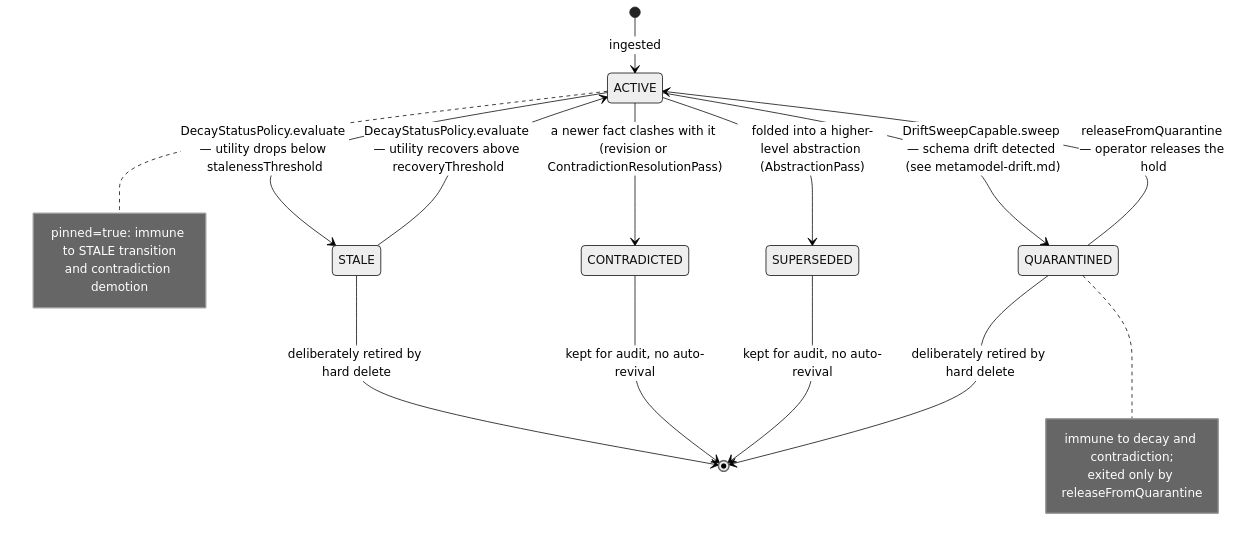
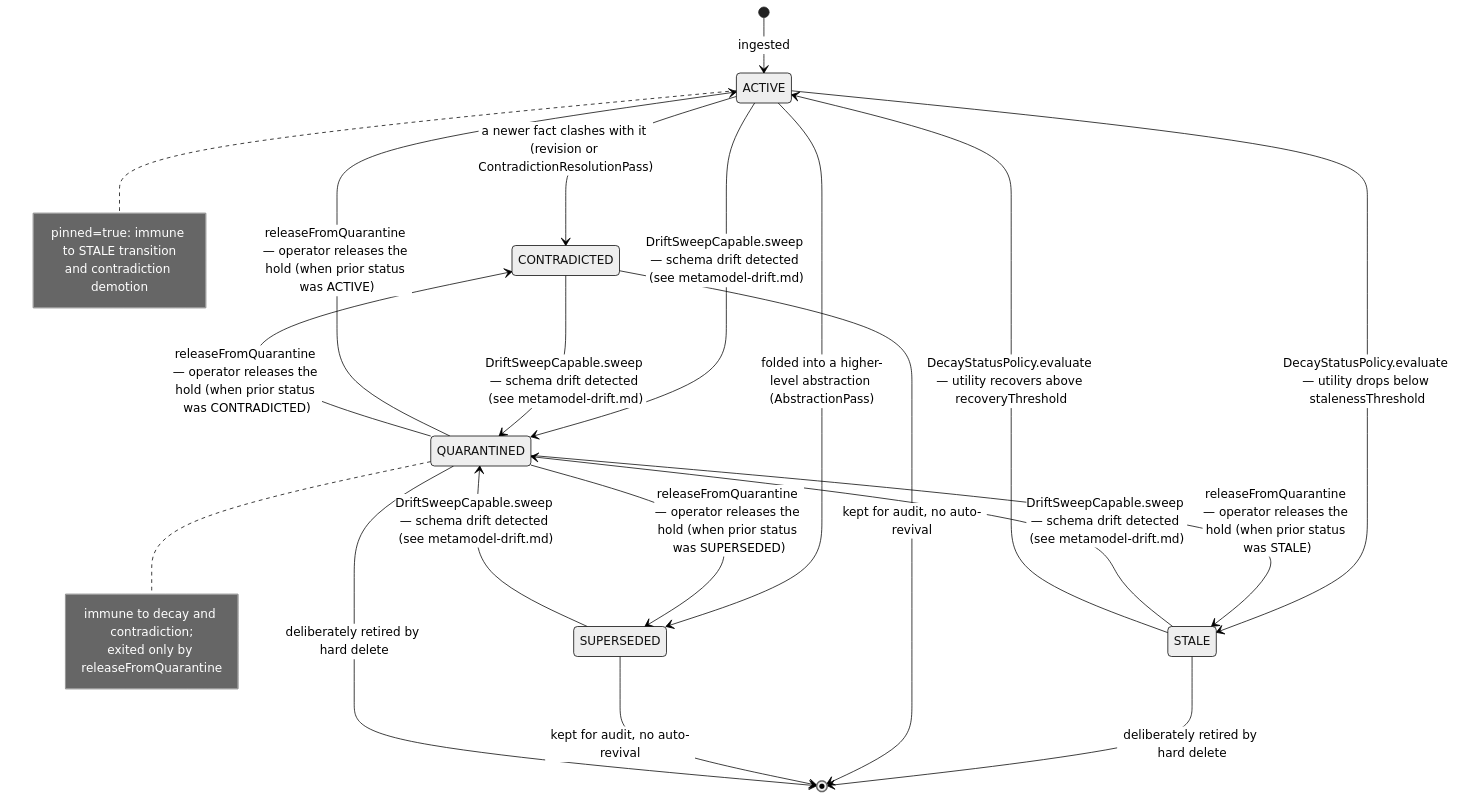
Before and after one commit to embabel/dice: the first of 5 diagrams in docs/design/proposition-lifecycle.md, drawn with Mermaid (neutral theme). The commit also changed other lines of this file and 8 other files, not shown here.

First line of the commit message:
Mark the drift surface experimental and draw quarantine honestly

````diff
--- a/docs/design/proposition-lifecycle.md
+++ b/docs/design/proposition-lifecycle.md
@@ -16,22 +16,28 @@
 ```mermaid
 stateDiagram-v2
     [*] --> ACTIVE : ingested
     ACTIVE --> CONTRADICTED : a newer fact clashes with it (revision or ContradictionResolutionPass)
     ACTIVE --> SUPERSEDED : folded into a higher-level abstraction (AbstractionPass)
     ACTIVE --> STALE : DecayStatusPolicy.evaluate — utility drops below stalenessThreshold
     ACTIVE --> QUARANTINED : DriftSweepCapable.sweep — schema drift detected (see metamodel-drift.md)
+    STALE --> QUARANTINED : DriftSweepCapable.sweep — schema drift detected (see metamodel-drift.md)
+    CONTRADICTED --> QUARANTINED : DriftSweepCapable.sweep — schema drift detected (see metamodel-drift.md)
+    SUPERSEDED --> QUARANTINED : DriftSweepCapable.sweep — schema drift detected (see metamodel-drift.md)
     STALE --> ACTIVE : DecayStatusPolicy.evaluate — utility recovers above recoveryThreshold
-    QUARANTINED --> ACTIVE : releaseFromQuarantine — operator releases the hold
+    QUARANTINED --> ACTIVE : releaseFromQuarantine — operator releases the hold (when prior status was ACTIVE)
+    QUARANTINED --> STALE : releaseFromQuarantine — operator releases the hold (when prior status was STALE)
+    QUARANTINED --> CONTRADICTED : releaseFromQuarantine — operator releases the hold (when prior status was CONTRADICTED)
+    QUARANTINED --> SUPERSEDED : releaseFromQuarantine — operator releases the hold (when prior status was SUPERSEDED)
     STALE --> [*] : deliberately retired by hard delete
     CONTRADICTED --> [*] : kept for audit, no auto-revival
     SUPERSEDED --> [*] : kept for audit, no auto-revival
     QUARANTINED --> [*] : deliberately retired by hard delete
     note right of ACTIVE
         pinned=true: immune to STALE transition
         and contradiction demotion
     end note
     note right of QUARANTINED
         immune to decay and contradiction;
         exited only by releaseFromQuarantine
     end note
 ```
````
